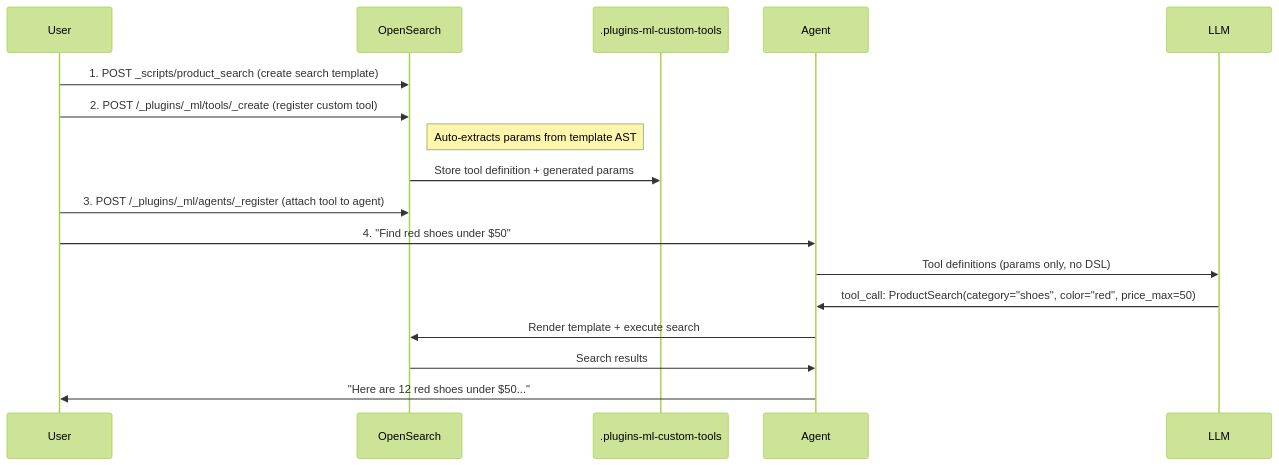
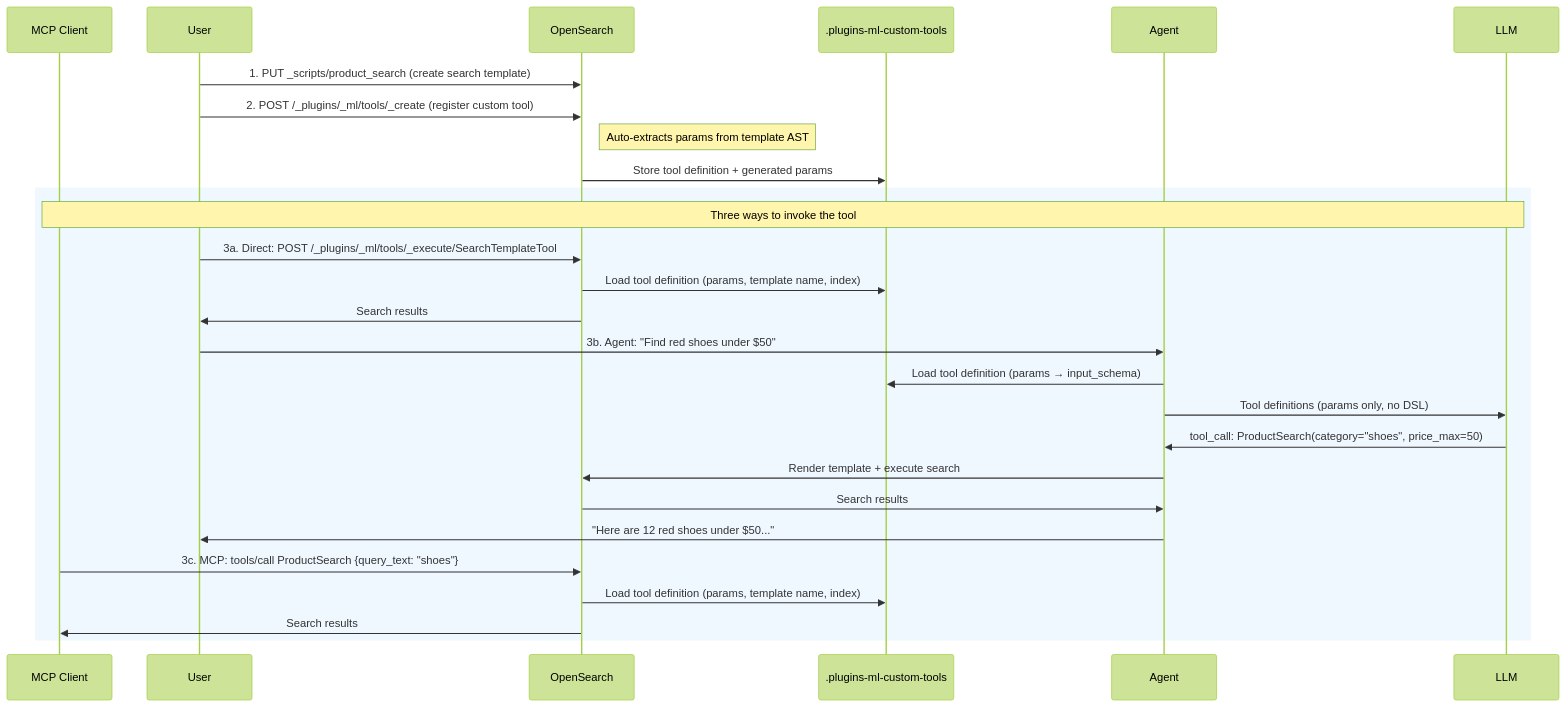
One commit to rithinpullela/ml-commons changed the first of 4 diagrams in CUSTOM_TOOLS_DESIGN_DOC.md. Above: the diagram before and after it, drawn with Mermaid (forest theme). The commit also changed other lines of this file and 7 other files, not shown here.

````diff
--- a/CUSTOM_TOOLS_DESIGN_DOC.md
+++ b/CUSTOM_TOOLS_DESIGN_DOC.md
@@ -43,20 +43,34 @@
 ```mermaid
 sequenceDiagram
+    participant MCP as MCP Client
     participant User
     participant OpenSearch
     participant Index as .plugins-ml-custom-tools
     participant Agent
     participant LLM
 
-    User->>OpenSearch: 1. POST _scripts/product_search (create search template)
+    User->>OpenSearch: 1. PUT _scripts/product_search (create search template)
     User->>OpenSearch: 2. POST /_plugins/_ml/tools/_create (register custom tool)
     Note right of OpenSearch: Auto-extracts params from template AST
     OpenSearch->>Index: Store tool definition + generated params
-    User->>OpenSearch: 3. POST /_plugins/_ml/agents/_register (attach tool to agent)
-    User->>Agent: 4. "Find red shoes under $50"
+
+    rect rgb(240, 248, 255)
+    Note over MCP,LLM: Three ways to invoke the tool
+
+    User->>OpenSearch: 3a. Direct: POST /_plugins/_ml/tools/_execute/SearchTemplateTool
+    OpenSearch->>Index: Load tool definition (params, template name, index)
+    OpenSearch->>User: Search results
+
+    User->>Agent: 3b. Agent: "Find red shoes under $50"
+    Agent->>Index: Load tool definition (params → input_schema)
     Agent->>LLM: Tool definitions (params only, no DSL)
-    LLM->>Agent: tool_call: ProductSearch(category="shoes", color="red", price_max=50)
+    LLM->>Agent: tool_call: ProductSearch(category="shoes", price_max=50)
     Agent->>OpenSearch: Render template + execute search
     OpenSearch->>Agent: Search results
     Agent->>User: "Here are 12 red shoes under $50..."
+
+    MCP->>OpenSearch: 3c. MCP: tools/call ProductSearch {query_text: "shoes"}
+    OpenSearch->>Index: Load tool definition (params, template name, index)
+    OpenSearch->>MCP: Search results
+    end
 ```
````
